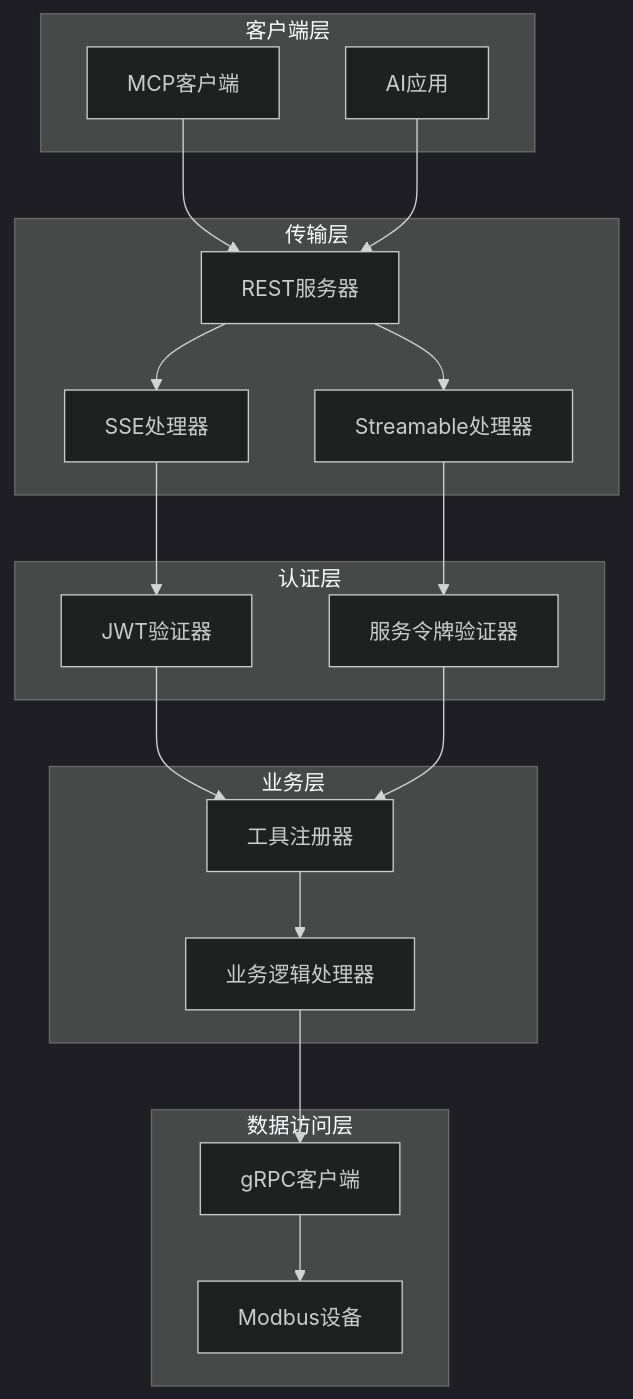
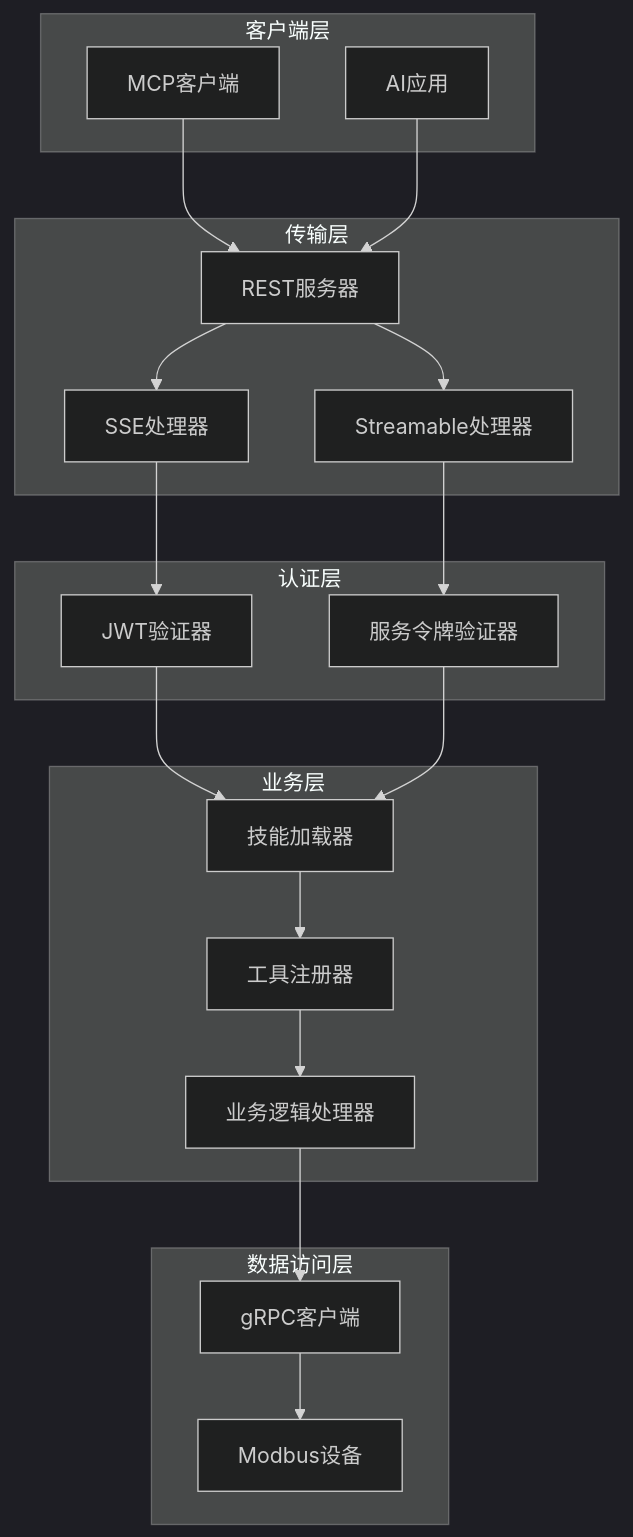
The third of 11 diagrams in .qoder/repowiki/zh/content/MCP服务器配置.md (maomao94/zero-service), drawn with Mermaid (dark theme) before and after one commit. The commit also changed other lines of this file and 48 other files, not shown here.

````diff
--- a/.qoder/repowiki/zh/content/MCP服务器配置.md
+++ b/.qoder/repowiki/zh/content/MCP服务器配置.md
@@ -126,35 +155,37 @@
 ```mermaid
 graph TB
 subgraph "客户端层"
 A[MCP客户端]
 B[AI应用]
 end
 subgraph "传输层"
 C[REST服务器]
 D[SSE处理器]
 E[Streamable处理器]
 end
 subgraph "认证层"
 F[JWT验证器]
 G[服务令牌验证器]
 end
 subgraph "业务层"
-H[工具注册器]
-I[业务逻辑处理器]
+H[技能加载器]
+I[工具注册器]
+J[业务逻辑处理器]
 end
 subgraph "数据访问层"
-J[gRPC客户端]
-K[Modbus设备]
+K[gRPC客户端]
+L[Modbus设备]
 end
 A --> C
 B --> C
 C --> D
 C --> E
 D --> F
 E --> G
 F --> H
 G --> H
 H --> I
 I --> J
 J --> K
+K --> L
 ```
````
